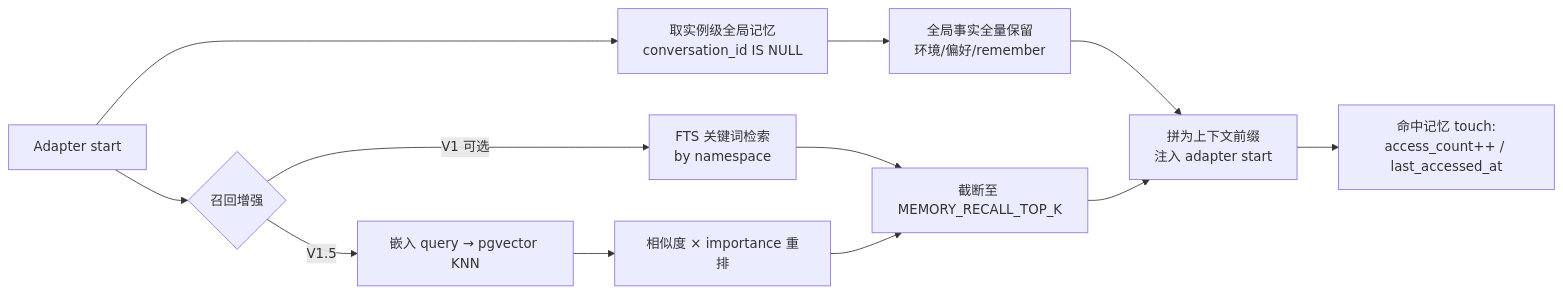
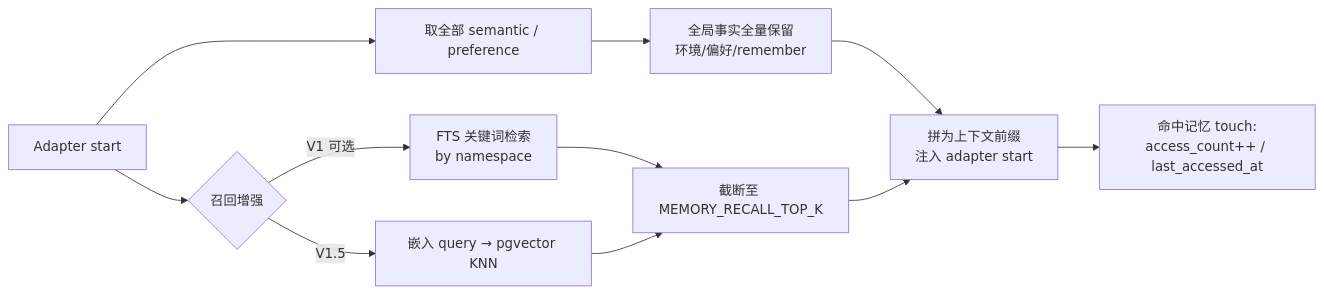
The second of 2 diagrams in docs/06-Memory-Design.md (ygq-future/ai-cli-hub), drawn with Mermaid before and after one commit. The commit also changed other lines of this file and 4 other files, not shown here.

````diff
--- a/docs/06-Memory-Design.md
+++ b/docs/06-Memory-Design.md
@@ -89,14 +89,13 @@
 ```mermaid
 flowchart LR
-    IN[Adapter start] --> G[取实例级全局记忆<br/>conversation_id IS NULL]
+    IN[Adapter start] --> G[取全部 semantic / preference]
     IN --> R{召回增强}
     G --> KEEP[全局事实全量保留<br/>环境/偏好/remember]
     R -->|V1 可选| FTS[FTS 关键词检索<br/>by namespace]
     R -->|V1.5| VEC[嵌入 query → pgvector KNN]
     FTS --> CAP[截断至 MEMORY_RECALL_TOP_K]
-    VEC --> RANK[相似度 × importance 重排]
-    RANK --> CAP
+    VEC --> CAP
     KEEP --> INJ[拼为上下文前缀<br/>注入 adapter start]
     CAP --> INJ
     INJ --> TOUCH[命中记忆 touch:<br/>access_count++ / last_accessed_at]
 ```
````
